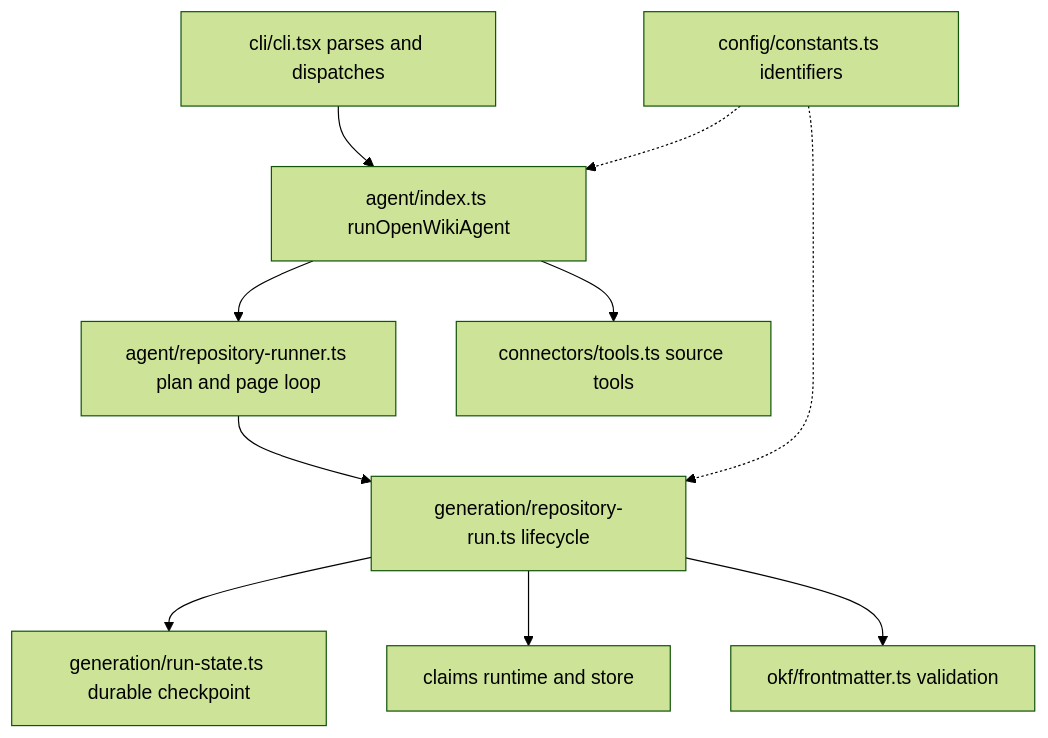
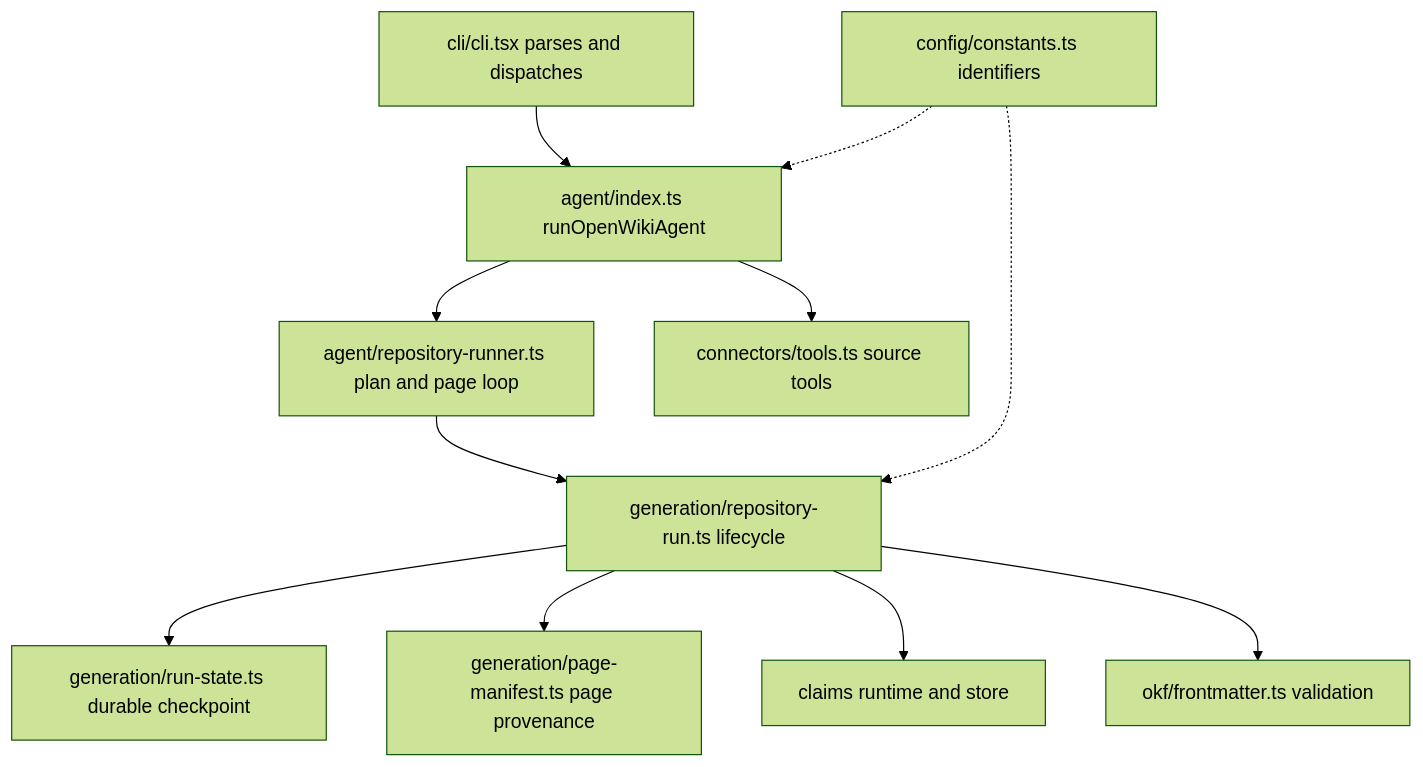
The diagram in openwiki/architecture/source-map.md (langchain-ai/openwiki), drawn with Mermaid (forest theme) before and after one commit. The commit also changed other lines of this file and 25 other files, not shown here.

````diff
--- a/openwiki/architecture/source-map.md
+++ b/openwiki/architecture/source-map.md
@@ -251,12 +267,13 @@
 ```mermaid
 flowchart TD
   CLI["cli/cli.tsx parses and dispatches"] --> Agent["agent/index.ts runOpenWikiAgent"]
   Agent --> Runner["agent/repository-runner.ts plan and page loop"]
   Runner --> Gen["generation/repository-run.ts lifecycle"]
   Gen --> State["generation/run-state.ts durable checkpoint"]
+  Gen --> Manifest["generation/page-manifest.ts page provenance"]
   Gen --> Claims["claims runtime and store"]
   Gen --> OKF["okf/frontmatter.ts validation"]
   Agent --> Connectors["connectors/tools.ts source tools"]
   Config["config/constants.ts identifiers"] -.-> Agent
   Config -.-> Gen
 ```
````
